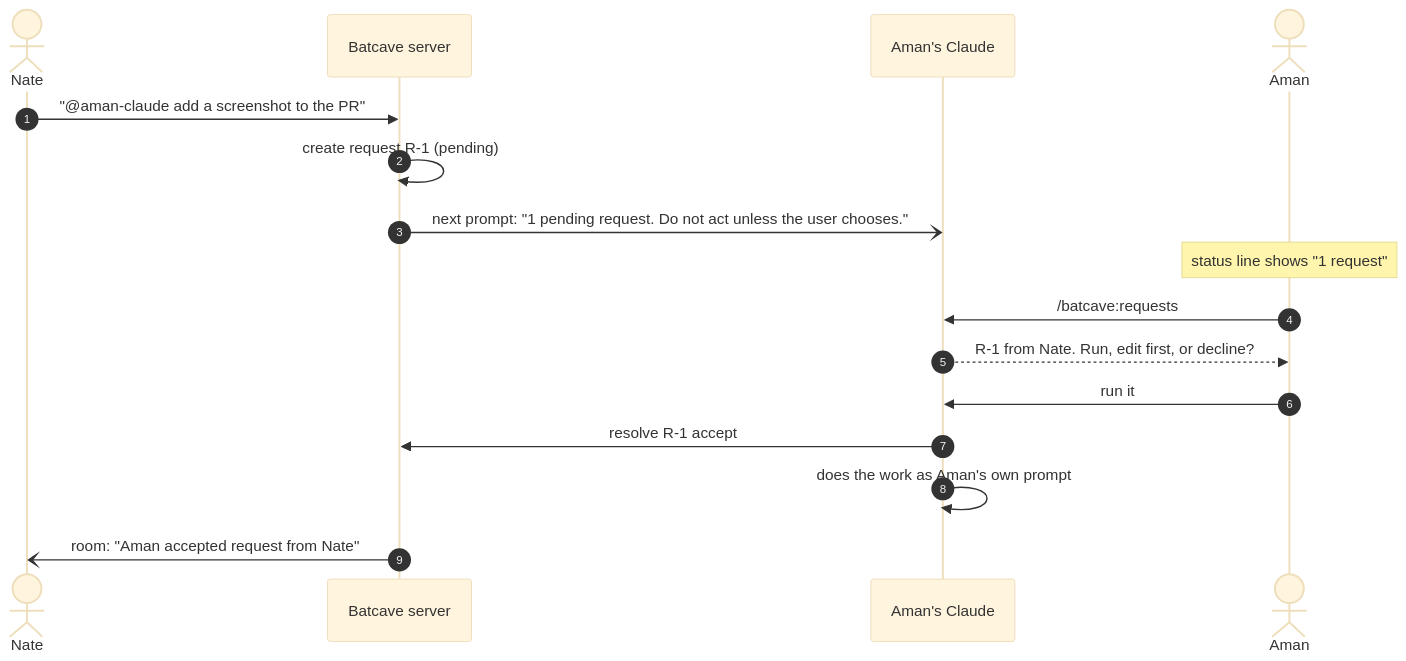
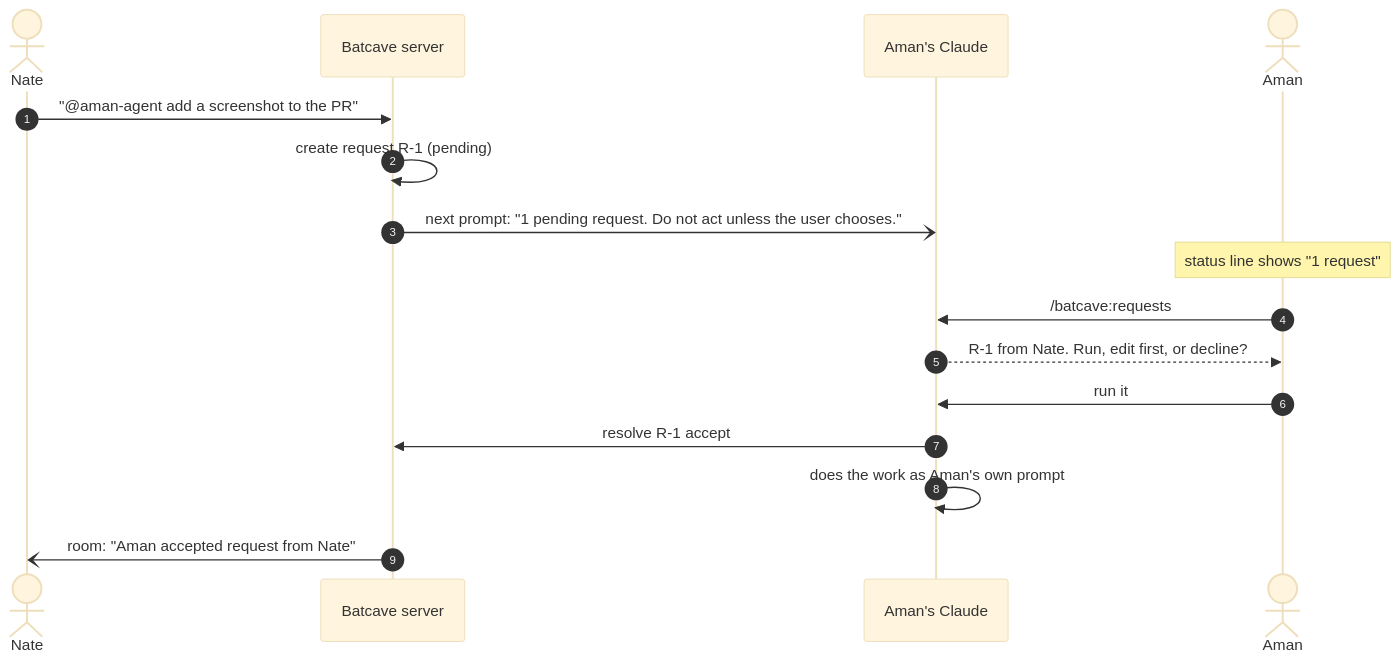
The fourth of 5 diagrams in README.md (solanki-aman/batcave), drawn with Mermaid (base theme) before and after one commit. The commit also changed other lines of this file and 17 other files, not shown here.

````diff
--- a/README.md
+++ b/README.md
@@ -203,19 +247,19 @@
 ```mermaid
 sequenceDiagram
     autonumber
     actor Nate
     participant S as Batcave server
     participant AC as Aman's Claude
     actor Aman
 
-    Nate->>S: "@aman-claude add a screenshot to the PR"
+    Nate->>S: "@aman-agent add a screenshot to the PR"
     S->>S: create request R-1 (pending)
     S-)AC: next prompt: "1 pending request. Do not act unless the user chooses."
     Note over Aman: status line shows "1 request"
     Aman->>AC: /batcave:requests
     AC-->>Aman: R-1 from Nate. Run, edit first, or decline?
     Aman->>AC: run it
     AC->>S: resolve R-1 accept
     AC->>AC: does the work as Aman's own prompt
     S-)Nate: room: "Aman accepted request from Nate"
 ```
````
